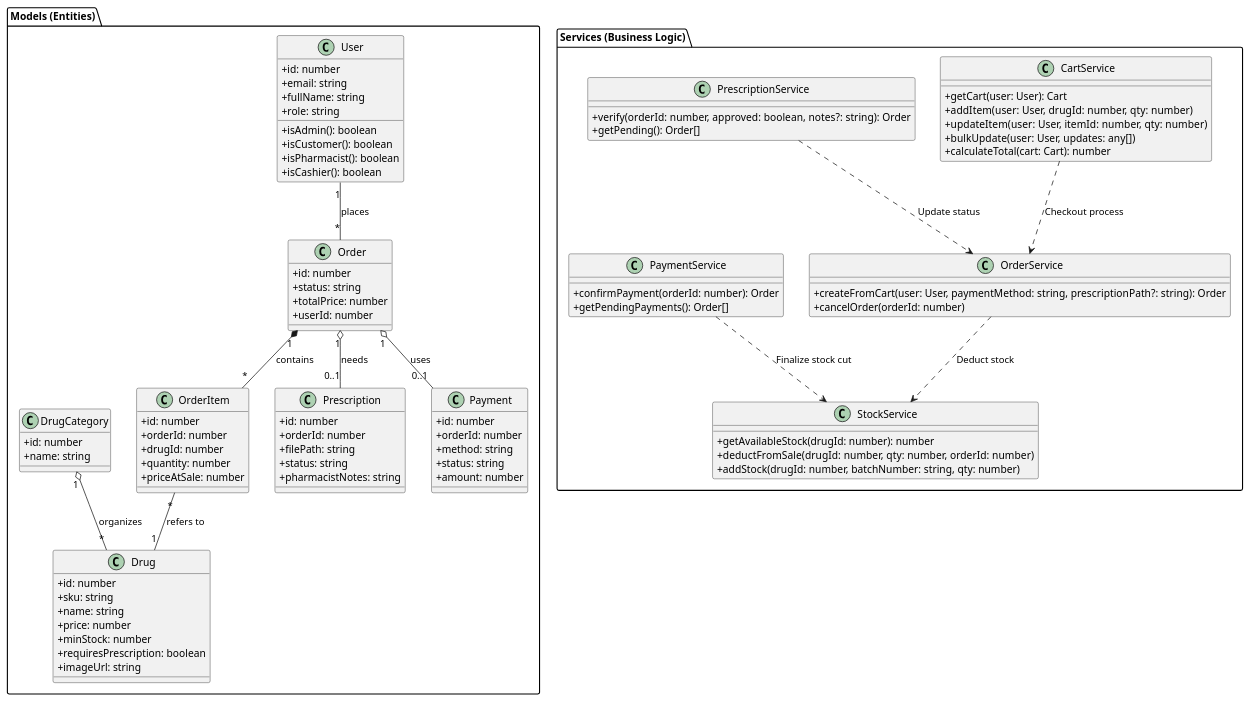
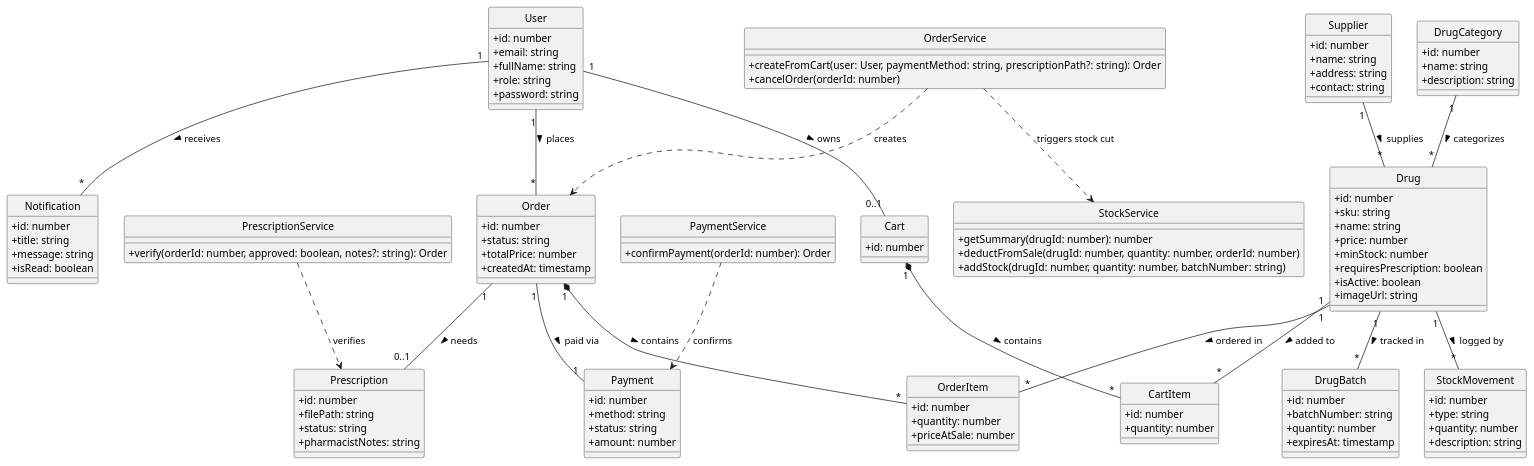
Before and after one commit to raihanpka/makmurjayaclinic-bnsp: the diagram in docs/diagram/class.puml, drawn with PlantUML. The commit also changed 10 other files, not shown here.

Commit message:
chore(docs): update architecture diagrams, expand system design documentation, and add project mockups

```diff
--- a/docs/diagram/class.puml
+++ b/docs/diagram/class.puml
@@ -1,105 +1,138 @@
 @startuml ClassDiagram
 skinparam classAttributeIconSize 0
+hide circle
 
-package "Models (Entities)" {
-  class User {
-    +id: number
-    +email: string
-    +fullName: string
-    +role: string
-    +isAdmin(): boolean
-    +isCustomer(): boolean
-    +isPharmacist(): boolean
-    +isCashier(): boolean
-  }
-
-  class Drug {
-    +id: number
-    +sku: string
-    +name: string
-    +price: number
-    +minStock: number
-    +requiresPrescription: boolean
-    +imageUrl: string
-  }
-
-  class DrugCategory {
-    +id: number
-    +name: string
-  }
-
-  class Order {
-    +id: number
-    +status: string
-    +totalPrice: number
-    +userId: number
-  }
-
-  class OrderItem {
-    +id: number
-    +orderId: number
-    +drugId: number
-    +quantity: number
-    +priceAtSale: number
-  }
-
-  class Prescription {
-    +id: number
-    +orderId: number
-    +filePath: string
-    +status: string
-    +pharmacistNotes: string
-  }
-
-  class Payment {
-    +id: number
-    +orderId: number
-    +method: string
-    +status: string
-    +amount: number
-  }
+class User {
+  +id: number
+  +email: string
+  +fullName: string
+  +role: string
+  +password: string
 }
 
-package "Services (Business Logic)" {
-  class CartService {
-    +getCart(user: User): Cart
-    +addItem(user: User, drugId: number, qty: number)
-    +updateItem(user: User, itemId: number, qty: number)
-    +bulkUpdate(user: User, updates: any[])
-    +calculateTotal(cart: Cart): number
-  }
-
-  class OrderService {
-    +createFromCart(user: User, paymentMethod: string, prescriptionPath?: string): Order
-    +cancelOrder(orderId: number)
-  }
-
-  class PrescriptionService {
-    +verify(orderId: number, approved: boolean, notes?: string): Order
-    +getPending(): Order[]
-  }
-
-  class PaymentService {
-    +confirmPayment(orderId: number): Order
-    +getPendingPayments(): Order[]
-  }
-
-  class StockService {
-    +getAvailableStock(drugId: number): number
-    +deductFromSale(drugId: number, qty: number, orderId: number)
-    +addStock(drugId: number, batchNumber: string, qty: number)
-  }
+class DrugCategory {
+  +id: number
+  +name: string
+  +description: string
 }
 
-User "1" -- "*" Order : places
-Order "1" *-- "*" OrderItem : contains
-Order "1" o-- "0..1" Prescription : needs
-Order "1" o-- "0..1" Payment : uses
-DrugCategory "1" o-- "*" Drug : organizes
-OrderItem "*" -- "1" Drug : refers to
+class Supplier {
+  +id: number
+  +name: string
+  +address: string
+  +contact: string
+}
 
-CartService ..> OrderService : "Checkout process"
-OrderService ..> StockService : "Deduct stock"
-PrescriptionService ..> OrderService : "Update status"
-PaymentService ..> StockService : "Finalize stock cut"
+class Drug {
+  +id: number
+  +sku: string
+  +name: string
+  +price: number
+  +minStock: number
+  +requiresPrescription: boolean
+  +isActive: boolean
+  +imageUrl: string
+}
+
+class DrugBatch {
+  +id: number
+  +batchNumber: string
+  +quantity: number
+  +expiresAt: timestamp
+}
+
+class Cart {
+  +id: number
+}
+
+class CartItem {
+  +id: number
+  +quantity: number
+}
+
+class Order {
+  +id: number
+  +status: string
+  +totalPrice: number
+  +createdAt: timestamp
+}
+
+class OrderItem {
+  +id: number
+  +quantity: number
+  +priceAtSale: number
+}
+
+class Prescription {
+  +id: number
+  +filePath: string
+  +status: string
+  +pharmacistNotes: string
+}
+
+class Payment {
+  +id: number
+  +method: string
+  +status: string
+  +amount: number
+}
+
+class StockMovement {
+  +id: number
+  +type: string
+  +quantity: number
+  +description: string
+}
+
+class Notification {
+  +id: number
+  +title: string
+  +message: string
+  +isRead: boolean
+}
+
+class OrderService {
+  +createFromCart(user: User, paymentMethod: string, prescriptionPath?: string): Order
+  +cancelOrder(orderId: number)
+}
+
+class PrescriptionService {
+  +verify(orderId: number, approved: boolean, notes?: string): Order
+}
+
+class PaymentService {
+  +confirmPayment(orderId: number): Order
+}
+
+class StockService {
+  +getSummary(drugId: number): number
+  +deductFromSale(drugId: number, quantity: number, orderId: number)
+  +addStock(drugId: number, quantity: number, batchNumber: string)
+}
+
+' --- Relationships ---
+
+User "1" -- "*" Order : places >
+User "1" -- "0..1" Cart : owns >
+User "1" -- "*" Notification : receives >
+
+DrugCategory "1" -- "*" Drug : categorizes >
+Supplier "1" -- "*" Drug : supplies >
+
+Drug "1" -- "*" DrugBatch : tracked in >
+Drug "1" -- "*" StockMovement : logged by >
+Drug "1" -- "*" CartItem : added to >
+Drug "1" -- "*" OrderItem : ordered in >
+
+Cart "1" *-- "*" CartItem : contains >
+Order "1" *-- "*" OrderItem : contains >
+
+Order "1" -- "0..1" Prescription : needs >
+Order "1" -- "1" Payment : paid via >
+
+OrderService ..> Order : creates
+OrderService ..> StockService : triggers stock cut
+PrescriptionService ..> Prescription : verifies
+PaymentService ..> Payment : confirms
+
 @enduml
```
